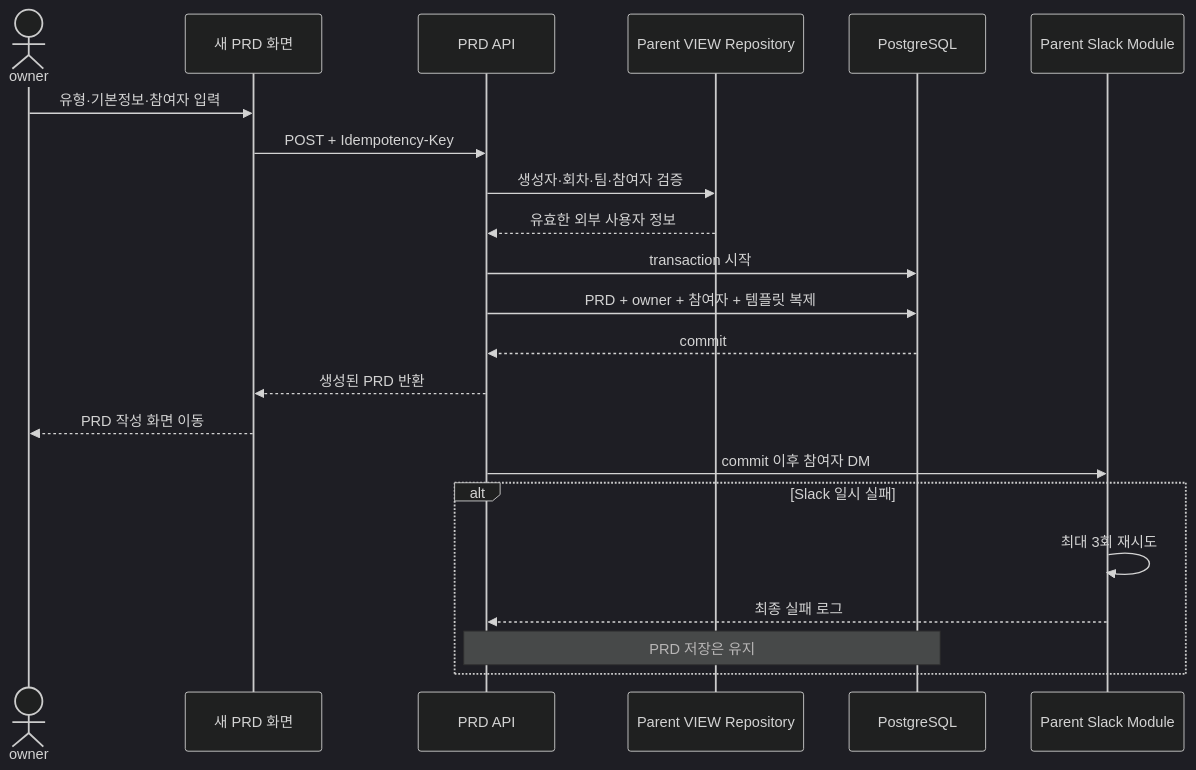
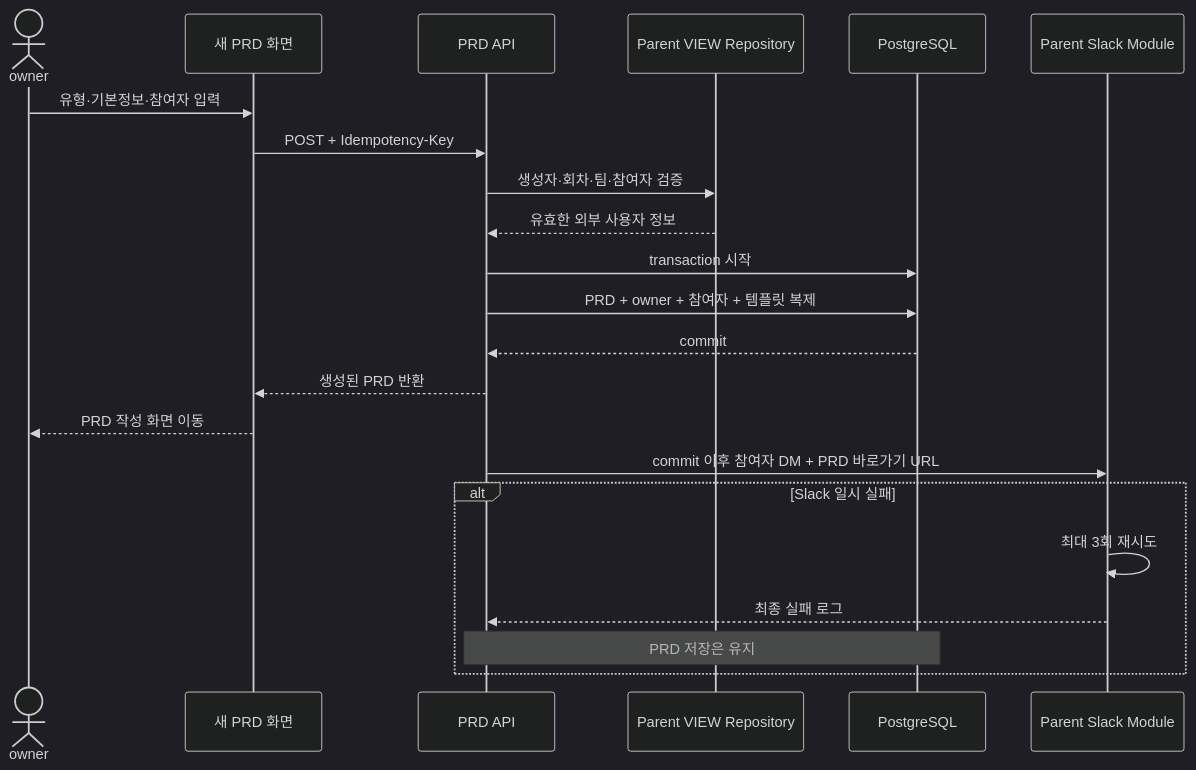
Before and after one commit to KANT-2/idea-developer: the second of 10 diagrams in docs/report/SEQUENCE_DIAGRAMS.md, drawn with Mermaid (dark theme). The commit also changed 24 other files, not shown here.

````diff
--- a/docs/report/SEQUENCE_DIAGRAMS.md
+++ b/docs/report/SEQUENCE_DIAGRAMS.md
@@ -30,25 +30,25 @@
 ```mermaid
 sequenceDiagram
     actor U as owner
     participant UI as 새 PRD 화면
     participant API as PRD API
     participant V as Parent VIEW Repository
     participant DB as PostgreSQL
     participant S as Parent Slack Module
 
     U->>UI: 유형·기본정보·참여자 입력
     UI->>API: POST + Idempotency-Key
     API->>V: 생성자·회차·팀·참여자 검증
     V-->>API: 유효한 외부 사용자 정보
     API->>DB: transaction 시작
     API->>DB: PRD + owner + 참여자 + 템플릿 복제
     DB-->>API: commit
     API-->>UI: 생성된 PRD 반환
     UI-->>U: PRD 작성 화면 이동
-    API->>S: commit 이후 참여자 DM
+    API->>S: commit 이후 참여자 DM + PRD 바로가기 URL
     alt Slack 일시 실패
         S->>S: 최대 3회 재시도
         S-->>API: 최종 실패 로그
         Note over API,DB: PRD 저장은 유지
     end
 ```
````
